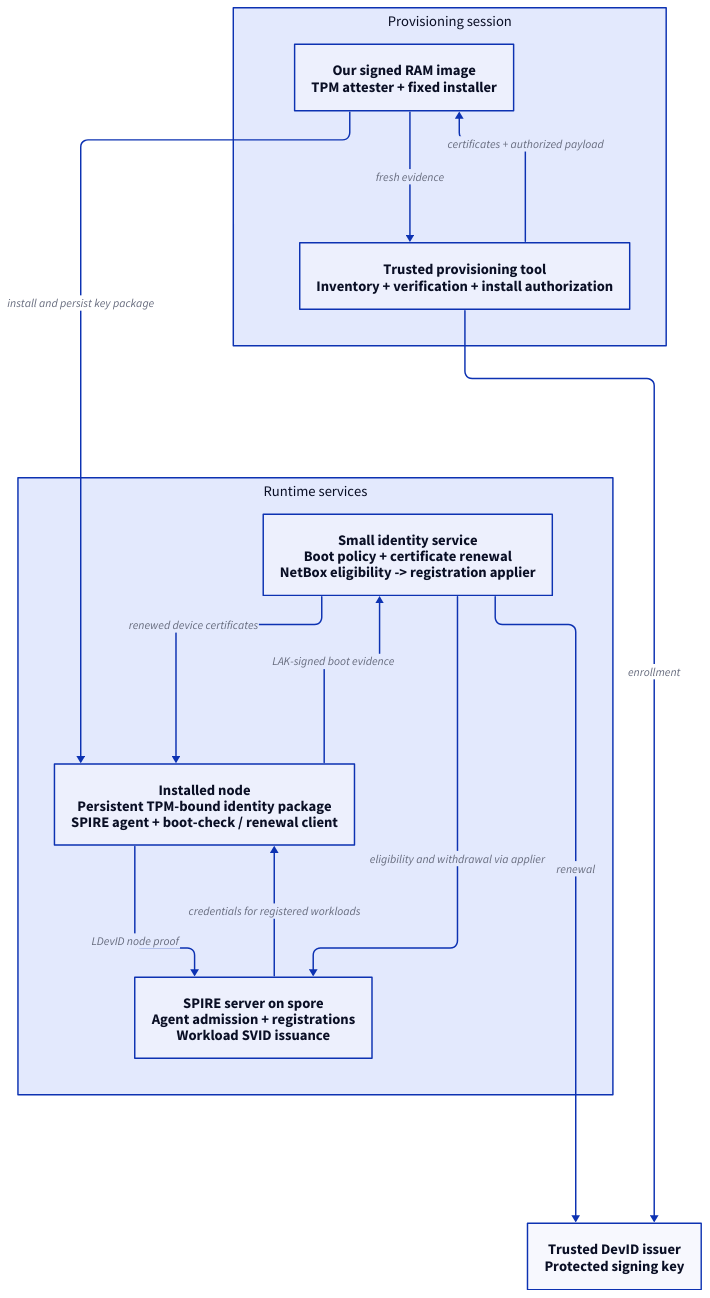
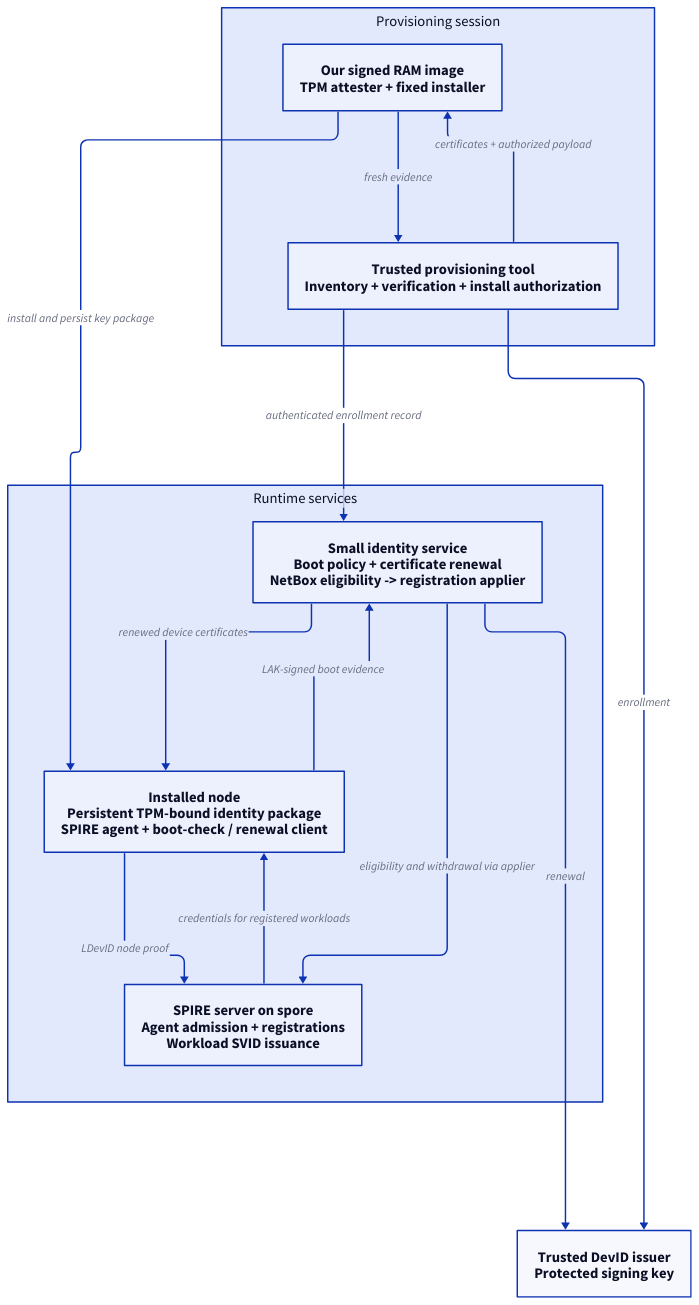
The diagram in docs/assets/diy-identity-bootstrap.d2 (jonpulsifer/infra), drawn with D2 before and after one commit. The commit also changed 2 other files, not shown here.

Commit message:
docs: specify the runtime enrollment record handoff

```diff
--- a/docs/assets/diy-identity-bootstrap.d2
+++ b/docs/assets/diy-identity-bootstrap.d2
@@ -1,23 +1,24 @@
 vars: {d2-config: {layout-engine: elk; theme-id: 0; pad: 24}}
 direction: down
 provision: "Provisioning session" {
   target: "Our signed RAM image\nTPM attester + fixed installer"
   tool: "Trusted provisioning tool\nInventory + verification + install authorization"
   target -> tool: fresh evidence
   tool -> target: certificates + authorized payload
 }
 runtime: "Runtime services" {
   node: "Installed node\nPersistent TPM-bound identity package\nSPIRE agent + boot-check / renewal client"
   identity: "Small identity service\nBoot policy + certificate renewal\nNetBox eligibility -> registration applier"
   spire: "SPIRE server on spore\nAgent admission + registrations\nWorkload SVID issuance"
   identity -> node: renewed device certificates
   node -> identity: LAK-signed boot evidence
   identity -> spire: eligibility and withdrawal via applier
   node -> spire: LDevID node proof
   spire -> node: credentials for registered workloads
 }
 issuer: "Trusted DevID issuer\nProtected signing key"
 provision.tool -> issuer: enrollment
 runtime.identity -> issuer: renewal
+provision.tool -> runtime.identity: authenticated enrollment record
 provision.target -> runtime.node: install and persist key package
 **.style.font-size: 20
```
